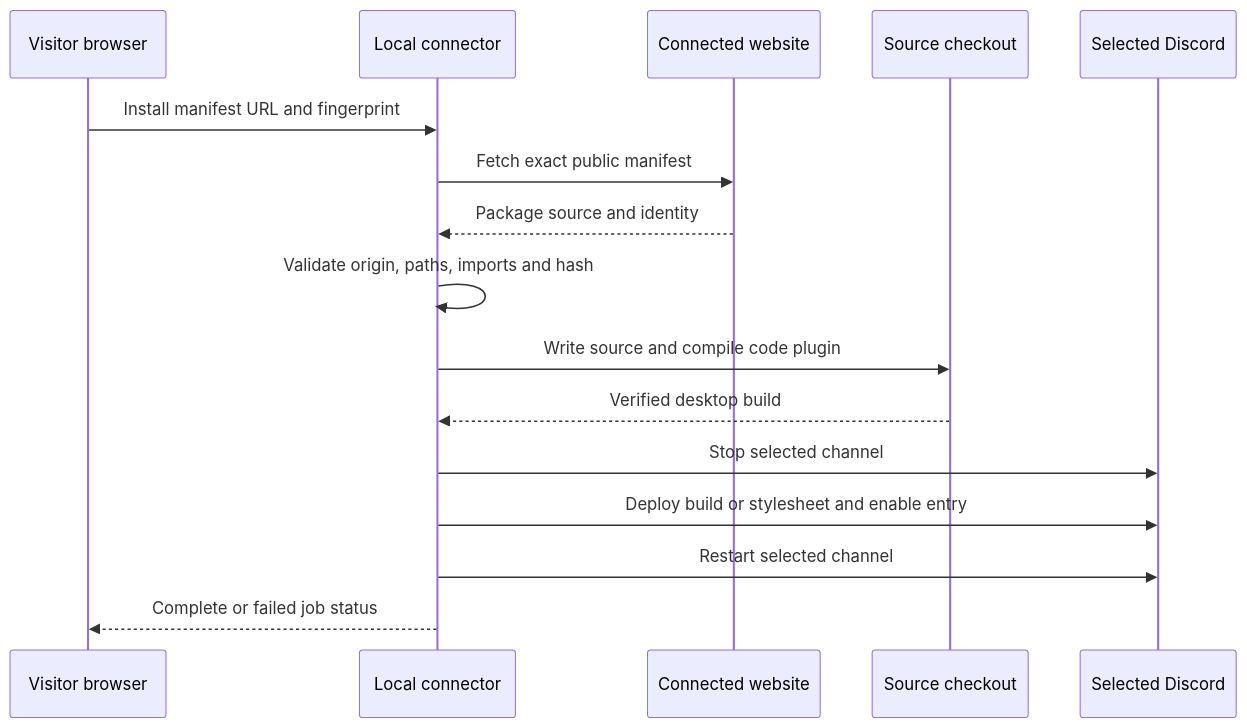
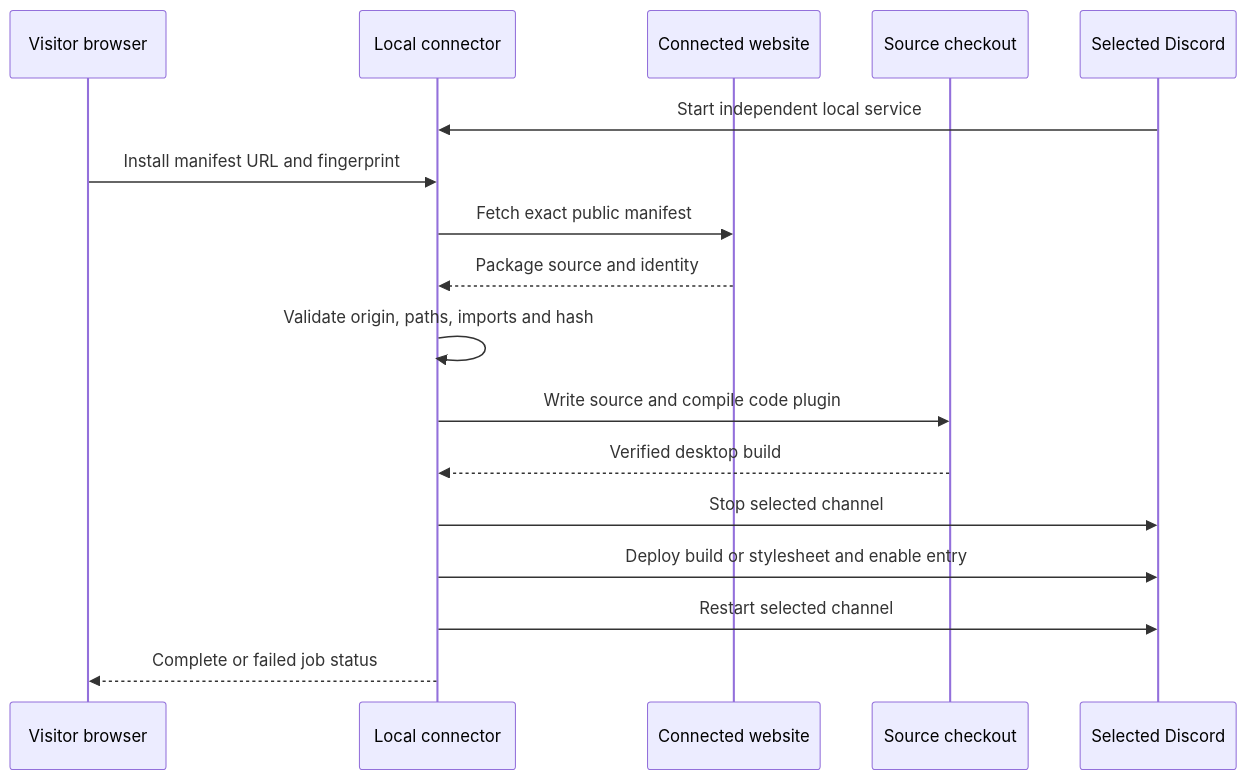
One commit to caedesdev/moggcord changed the diagram in docs/architecture/community-installation.md. Above: the diagram before and after it, drawn with Mermaid. The commit also changed other lines of this file and 38 other files, not shown here.

````diff
--- a/docs/architecture/community-installation.md
+++ b/docs/architecture/community-installation.md
@@ -7,18 +9,19 @@
 ```mermaid
 sequenceDiagram
     participant B as Visitor browser
     participant C as Local connector
     participant W as Connected website
     participant S as Source checkout
     participant D as Selected Discord
+    D->>C: Start independent local service
     B->>C: Install manifest URL and fingerprint
     C->>W: Fetch exact public manifest
     W-->>C: Package source and identity
     C->>C: Validate origin, paths, imports and hash
     C->>S: Write source and compile code plugin
     S-->>C: Verified desktop build
     C->>D: Stop selected channel
     C->>D: Deploy build or stylesheet and enable entry
     C->>D: Restart selected channel
     C-->>B: Complete or failed job status
 ```
````
